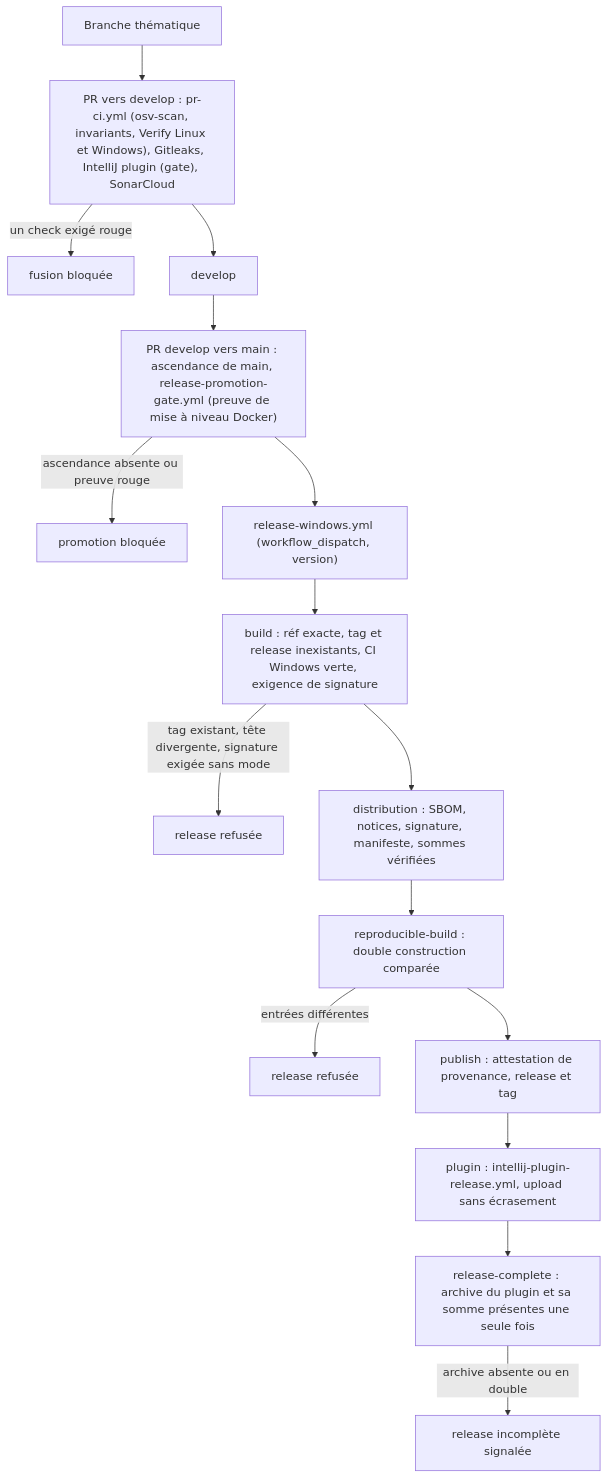
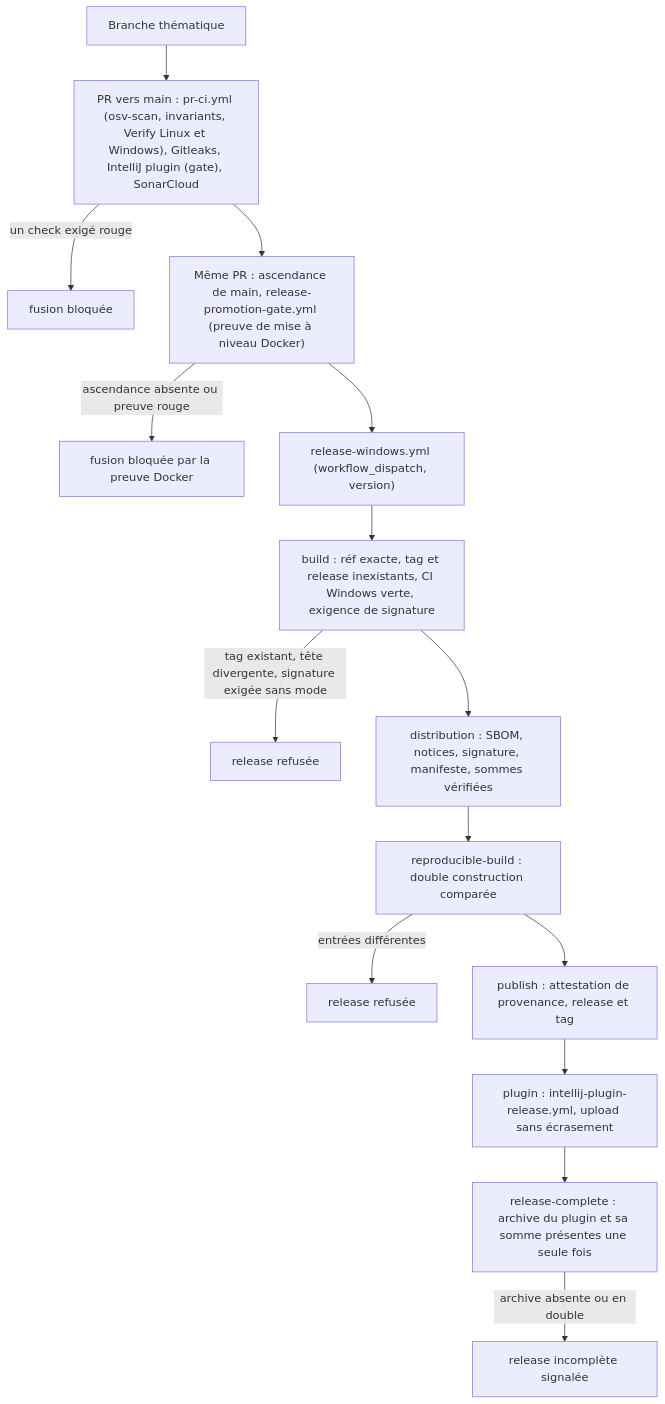
The diagram in docs/architecture/diagrams/capacites/chaine-de-livraison.md (FTurleque/minos-code-intelligence), drawn with Mermaid before and after one commit. The commit also changed other lines of this file and 13 other files, not shown here.

````diff
--- a/docs/architecture/diagrams/capacites/chaine-de-livraison.md
+++ b/docs/architecture/diagrams/capacites/chaine-de-livraison.md
@@ -23,18 +23,17 @@
 ```mermaid
 flowchart TD
-  A["Branche thématique"] --> B["PR vers develop : pr-ci.yml (osv-scan, invariants, Verify Linux et Windows), Gitleaks, IntelliJ plugin (gate), SonarCloud"]
+  A["Branche thématique"] --> B["PR vers main : pr-ci.yml (osv-scan, invariants, Verify Linux et Windows), Gitleaks, IntelliJ plugin (gate), SonarCloud"]
   B -->|"un check exigé rouge"| R1["fusion bloquée"]
-  B --> C["develop"]
-  C --> D["PR develop vers main : ascendance de main, release-promotion-gate.yml (preuve de mise à niveau Docker)"]
-  D -->|"ascendance absente ou preuve rouge"| R2["promotion bloquée"]
+  B --> D["Même PR : ascendance de main, release-promotion-gate.yml (preuve de mise à niveau Docker)"]
+  D -->|"ascendance absente ou preuve rouge"| R2["fusion bloquée par la preuve Docker"]
   D --> E["release-windows.yml (workflow_dispatch, version)"]
   E --> F["build : réf exacte, tag et release inexistants, CI Windows verte, exigence de signature"]
   F -->|"tag existant, tête divergente, signature exigée sans mode"| R3["release refusée"]
   F --> G["distribution : SBOM, notices, signature, manifeste, sommes vérifiées"]
   G --> H["reproducible-build : double construction comparée"]
   H -->|"entrées différentes"| R4["release refusée"]
   H --> I["publish : attestation de provenance, release et tag"]
   I --> J["plugin : intellij-plugin-release.yml, upload sans écrasement"]
   J --> K["release-complete : archive du plugin et sa somme présentes une seule fois"]
   K -->|"archive absente ou en double"| R5["release incomplète signalée"]
 ```
````
